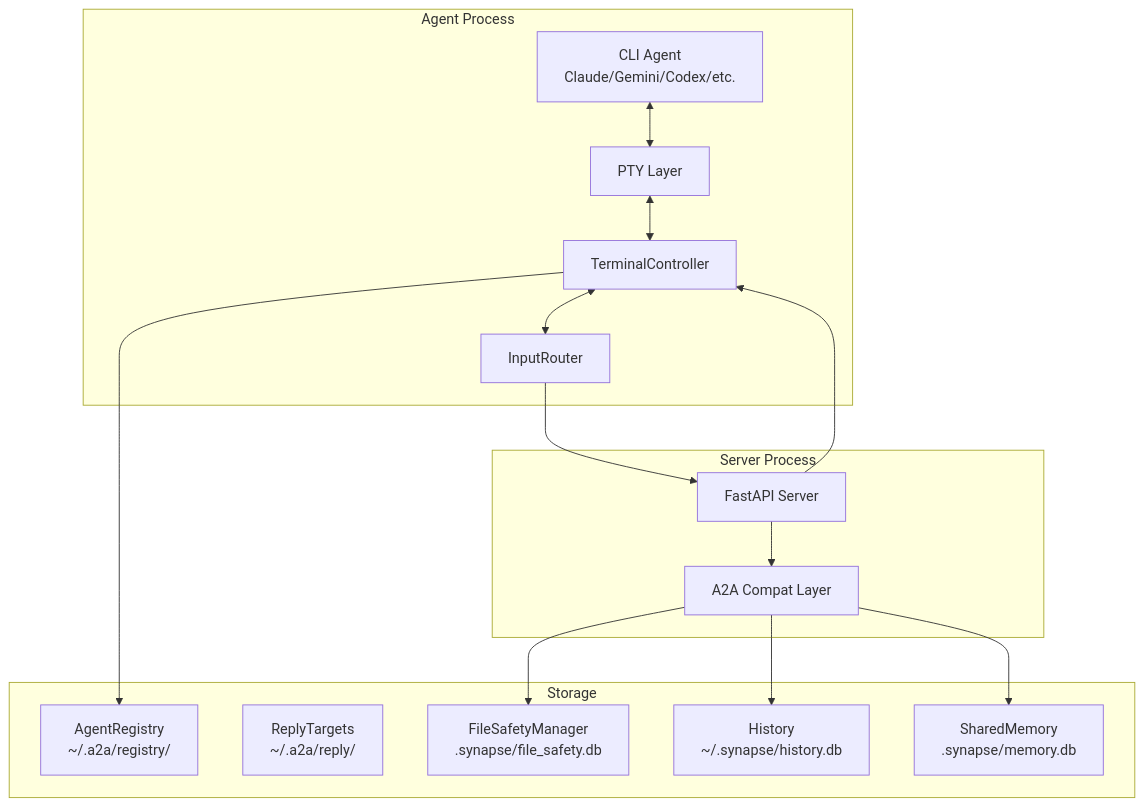
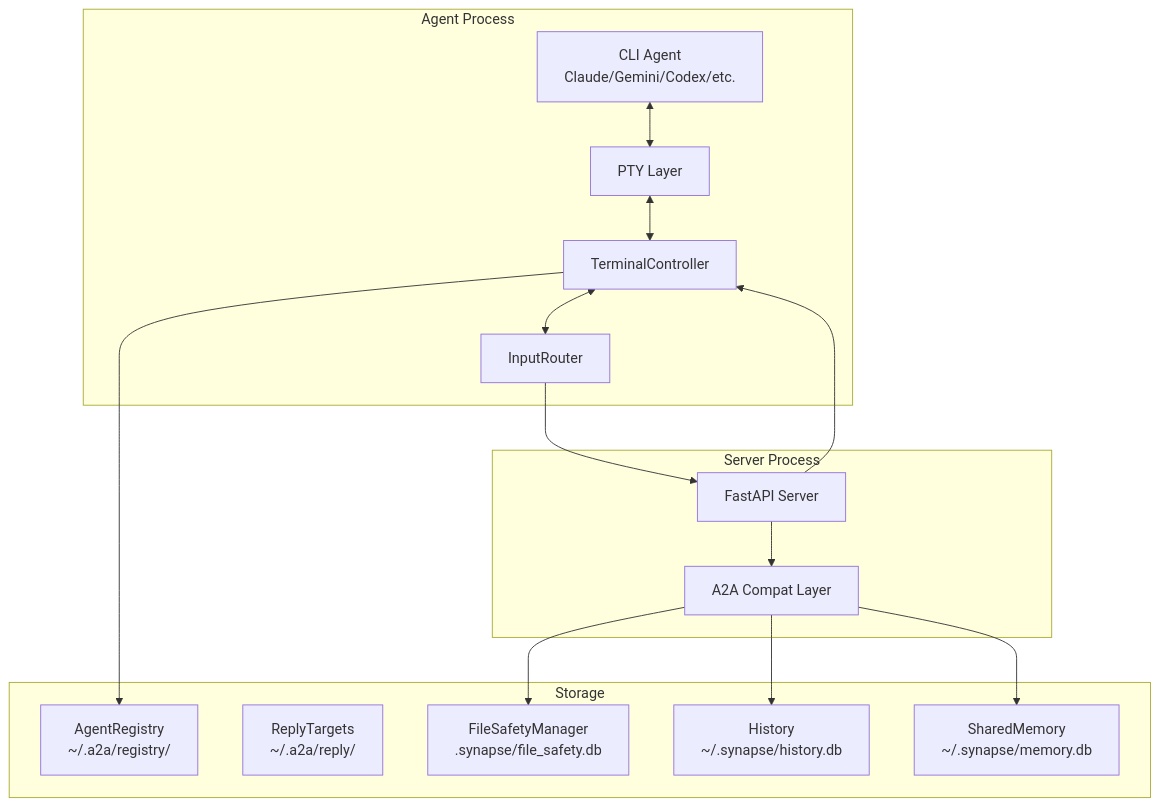
Before and after one commit to s-hiraoku/synapse-a2a: the first of 4 diagrams in site-docs/concepts/architecture.md, drawn with Mermaid. The commit also changed other lines of this file and 74 other files, not shown here.

````diff
--- a/site-docs/concepts/architecture.md
+++ b/site-docs/concepts/architecture.md
@@ -7,33 +7,33 @@
 ```mermaid
 graph TB
     subgraph "Agent Process"
         CLI[CLI Agent<br/>Claude/Gemini/Codex/etc.]
         PTY[PTY Layer]
         TC[TerminalController]
         IR[InputRouter]
         CLI <--> PTY
         PTY <--> TC
         TC <--> IR
     end
 
     subgraph "Server Process"
         FS[FastAPI Server]
         A2A[A2A Compat Layer]
         FS --> A2A
     end
 
     subgraph "Storage"
         REG[AgentRegistry<br/>~/.a2a/registry/]
         RPL[ReplyTargets<br/>~/.a2a/reply/]
         FSM[FileSafetyManager<br/>.synapse/file_safety.db]
         HIST[History<br/>~/.synapse/history.db]
-        SM[SharedMemory<br/>.synapse/memory.db]
+        SM[SharedMemory<br/>~/.synapse/memory.db]
     end
 
     IR --> FS
     FS --> TC
     TC --> REG
     A2A --> FSM
     A2A --> HIST
     A2A --> SM
 ```
````
